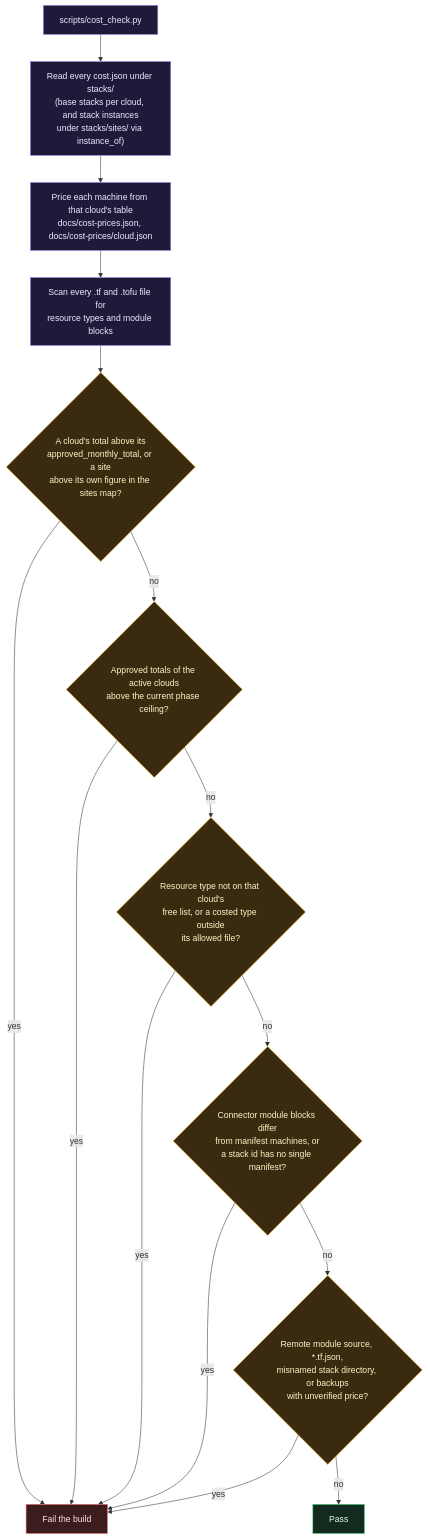
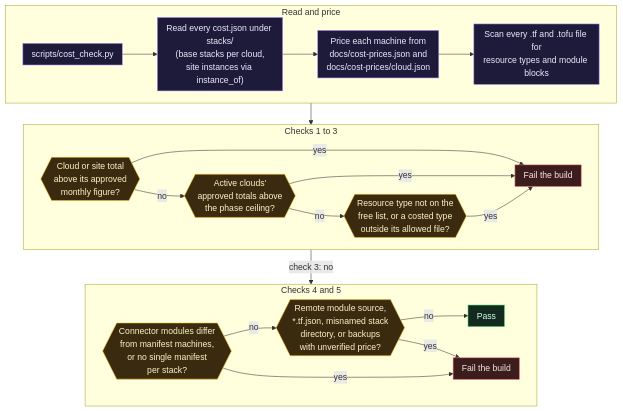
Before and after one commit to ChiefGyk3D/Clouds-Against-Humanity: the second of 2 diagrams in docs/wiki/CI-Tests-and-Cost-Gate.md, drawn with Mermaid. The commit also changed 7 other files, not shown here.

First line of the commit message:
Lay out three tall diagrams wide and add an aspect-ratio test

````diff
--- a/docs/wiki/CI-Tests-and-Cost-Gate.md
+++ b/docs/wiki/CI-Tests-and-Cost-Gate.md
@@ -73,30 +73,42 @@
 ```mermaid
+%%{init: {"flowchart": {"nodeSpacing": 25, "rankSpacing": 40, "padding": 8}}}%%
 flowchart TD
-    start["scripts/cost_check.py"]:::ctrl
-    read["Read every cost.json under stacks/<br/>(base stacks per cloud, and stack instances<br/>under stacks/sites/ via instance_of)"]:::ctrl
-    price["Price each machine from that cloud's table<br/>docs/cost-prices.json, docs/cost-prices/cloud.json"]:::ctrl
-    scan["Scan every .tf and .tofu file for<br/>resource types and module blocks"]:::ctrl
-    q1{"A cloud's total above its<br/>approved_monthly_total, or a site<br/>above its own figure in the sites map?"}:::warn
-    q1b{"Approved totals of the active clouds<br/>above the current phase ceiling?"}:::warn
-    q2{"Resource type not on that cloud's<br/>free list, or a costed type outside<br/>its allowed file?"}:::warn
-    q3{"Connector module blocks differ<br/>from manifest machines, or<br/>a stack id has no single manifest?"}:::warn
-    q4{"Remote module source, *.tf.json,<br/>misnamed stack directory, or backups<br/>with unverified price?"}:::warn
-    fail["Fail the build"]:::ext
-    pass["Pass"]:::you
-    start --> read --> price --> scan --> q1
-    q1 -- "yes" --> fail
-    q1 -- "no" --> q1b
-    q1b -- "yes" --> fail
-    q1b -- "no" --> q2
-    q2 -- "yes" --> fail
-    q2 -- "no" --> q3
-    q3 -- "yes" --> fail
-    q3 -- "no" --> q4
-    q4 -- "yes" --> fail
-    q4 -- "no" --> pass
+    subgraph P["Read and price"]
+        direction LR
+        start["scripts/cost_check.py"]:::ctrl
+        read["Read every cost.json under stacks/<br/>(base stacks per cloud,<br/>site instances via instance_of)"]:::ctrl
+        price["Price each machine from<br/>docs/cost-prices.json and<br/>docs/cost-prices/cloud.json"]:::ctrl
+        scan["Scan every .tf and .tofu file for<br/>resource types and module blocks"]:::ctrl
+        start --> read --> price --> scan
+    end
+    subgraph Q1["Checks 1 to 3"]
+        direction LR
+        q1{{"Cloud or site total<br/>above its approved<br/>monthly figure?"}}:::warn
+        q1b{{"Active clouds'<br/>approved totals above<br/>the phase ceiling?"}}:::warn
+        q2{{"Resource type not on the<br/>free list, or a costed type<br/>outside its allowed file?"}}:::warn
+        fail1["Fail the build"]:::ext
+        q1 -- "no" --> q1b
+        q1b -- "no" --> q2
+        q1 -- "yes" --> fail1
+        q1b -- "yes" --> fail1
+        q2 -- "yes" --> fail1
+    end
+    subgraph Q2["Checks 4 and 5"]
+        direction LR
+        q3{{"Connector modules differ<br/>from manifest machines,<br/>or no single manifest<br/>per stack?"}}:::warn
+        q4{{"Remote module source,<br/>*.tf.json, misnamed stack<br/>directory, or backups<br/>with unverified price?"}}:::warn
+        pass["Pass"]:::you
+        fail2["Fail the build"]:::ext
+        q3 -- "no" --> q4
+        q4 -- "no" --> pass
+        q3 -- "yes" --> fail2
+        q4 -- "yes" --> fail2
+    end
+    P --> Q1
+    Q1 -- "check 3: no" --> Q2
 
     classDef you fill:#132a1f,stroke:#4ade80,color:#dcfce7
     classDef ext fill:#3b1d1d,stroke:#f87171,color:#fde2e2
     classDef ctrl fill:#1e1b3a,stroke:#a78bfa,color:#ede9fe
     classDef warn fill:#3a2a0f,stroke:#fbbf24,color:#fef3c7
 ```
````
